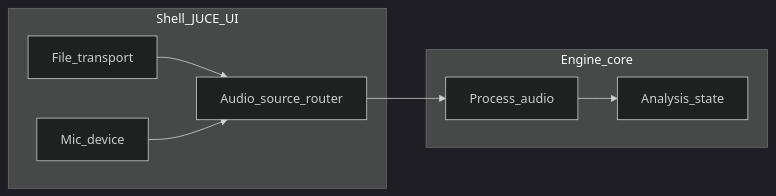
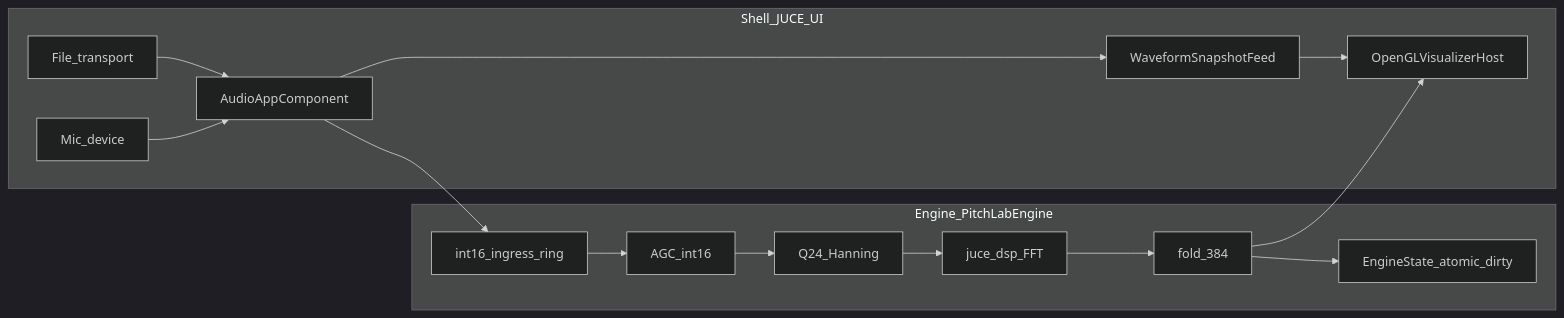
Before and after one commit to zunaidFarouque/Tiny-Pitch-Analyzers: the diagram in docs/ARCHITECTURE.md, drawn with Mermaid (dark theme). The commit also changed other lines of this file and 62 other files, not shown here.

````diff
--- a/docs/ARCHITECTURE.md
+++ b/docs/ARCHITECTURE.md
@@ -52,16 +52,26 @@
 ```mermaid
 flowchart LR
   subgraph shell [Shell_JUCE_UI]
     FilePlayer[File_transport]
     MicInput[Mic_device]
-    Router[Audio_source_router]
+    Router[AudioAppComponent]
+    GLHost[OpenGLVisualizerHost]
+    Snap[WaveformSnapshotFeed]
   end
-  subgraph engine [Engine_core]
-    Process[Process_audio]
-    State[Analysis_state]
+  subgraph engine [Engine_PitchLabEngine]
+    Ingress[int16_ingress_ring]
+    Agc[AGC_int16]
+    Win[Q24_Hanning]
+    Fft[juce_dsp_FFT]
+    Chroma[fold_384]
+    State[EngineState_atomic_dirty]
   end
   FilePlayer --> Router
   MicInput --> Router
-  Router --> Process
-  Process --> State
+  Router --> Ingress
+  Ingress --> Agc --> Win --> Fft --> Chroma
+  Chroma --> State
+  Router --> Snap
+  Snap --> GLHost
+  Chroma --> GLHost
 ```
````
